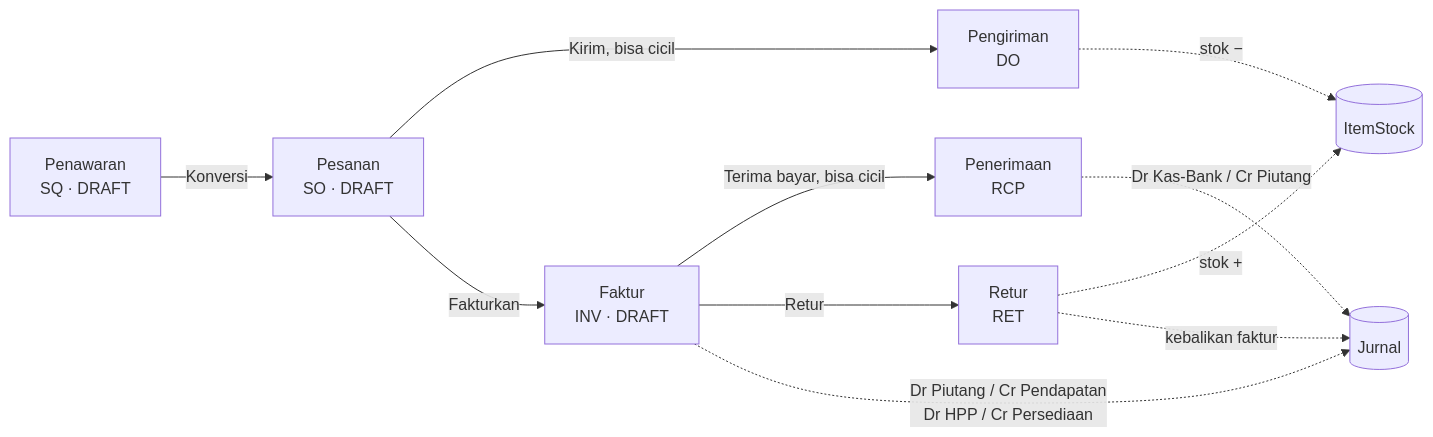
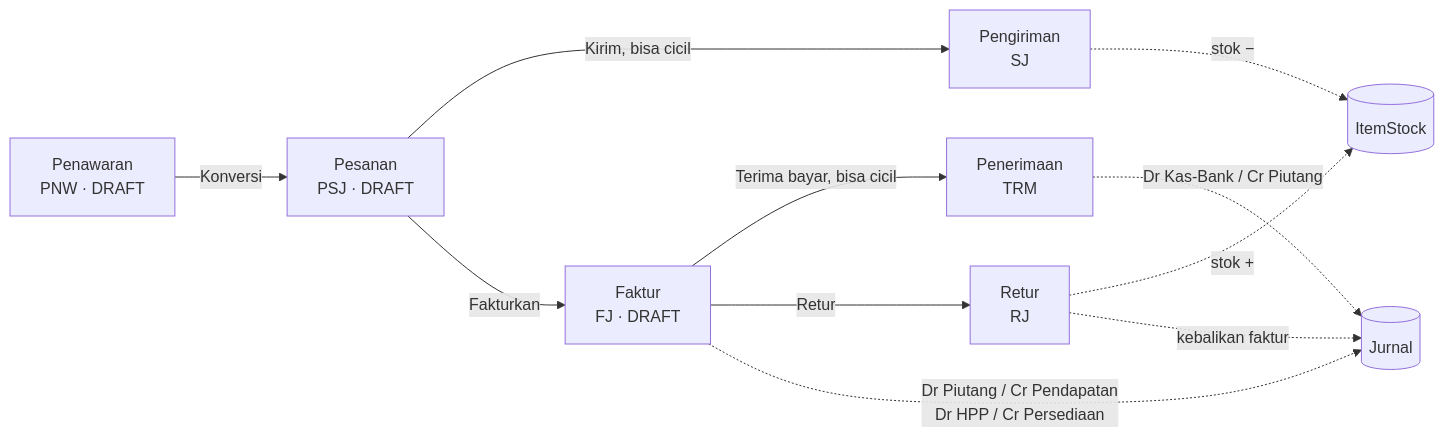
The third of 6 diagrams in ARCHITECTURE.md (dreinst/accuratecopy), drawn with Mermaid before and after one commit. The commit also changed other lines of this file and 29 other files, not shown here.

````diff
--- a/ARCHITECTURE.md
+++ b/ARCHITECTURE.md
@@ -167,13 +167,13 @@
 ```mermaid
 flowchart LR
-    SQ[Penawaran<br/>SQ · DRAFT] -->|Konversi| SO[Pesanan<br/>SO · DRAFT]
-    SO -->|Kirim, bisa cicil| DO[Pengiriman<br/>DO]
-    SO -->|Fakturkan| INV[Faktur<br/>INV · DRAFT]
-    INV -->|Terima bayar, bisa cicil| RCP[Penerimaan<br/>RCP]
-    INV -->|Retur| RET[Retur<br/>RET]
-    DO -.->|stok −| STK[(ItemStock)]
-    RET -.->|stok +| STK
-    INV -.->|Dr Piutang / Cr Pendapatan<br/>Dr HPP / Cr Persediaan| GL[(Jurnal)]
-    RCP -.->|Dr Kas-Bank / Cr Piutang| GL
-    RET -.->|kebalikan faktur| GL
+    PNW[Penawaran<br/>PNW · DRAFT] -->|Konversi| PSJ[Pesanan<br/>PSJ · DRAFT]
+    PSJ -->|Kirim, bisa cicil| SJ[Pengiriman<br/>SJ]
+    PSJ -->|Fakturkan| FJ[Faktur<br/>FJ · DRAFT]
+    FJ -->|Terima bayar, bisa cicil| TRM[Penerimaan<br/>TRM]
+    FJ -->|Retur| RJ[Retur<br/>RJ]
+    SJ -.->|stok −| STK[(ItemStock)]
+    RJ -.->|stok +| STK
+    FJ -.->|Dr Piutang / Cr Pendapatan<br/>Dr HPP / Cr Persediaan| GL[(Jurnal)]
+    TRM -.->|Dr Kas-Bank / Cr Piutang| GL
+    RJ -.->|kebalikan faktur| GL
 ```
````
